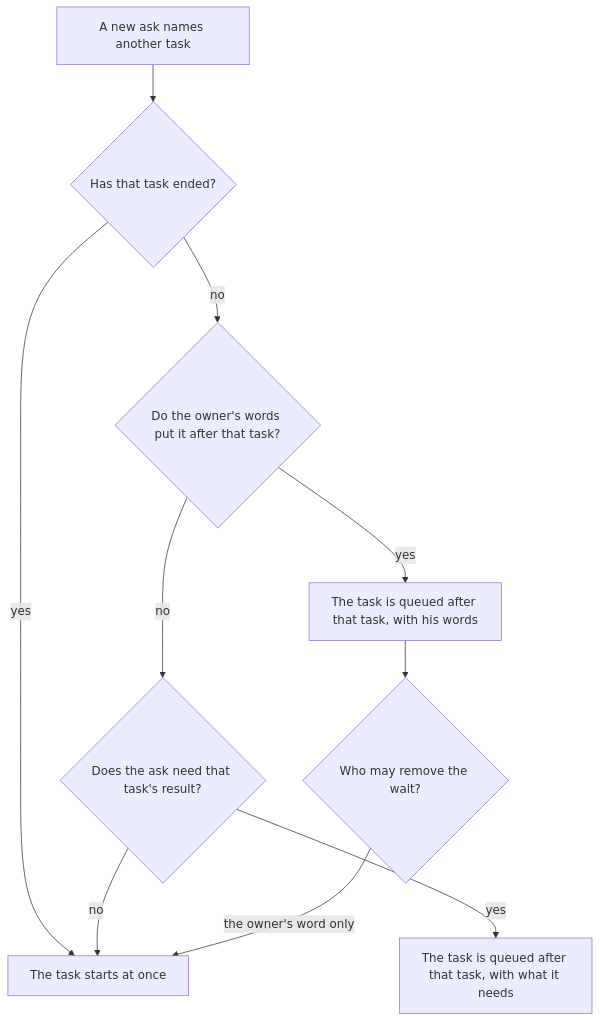
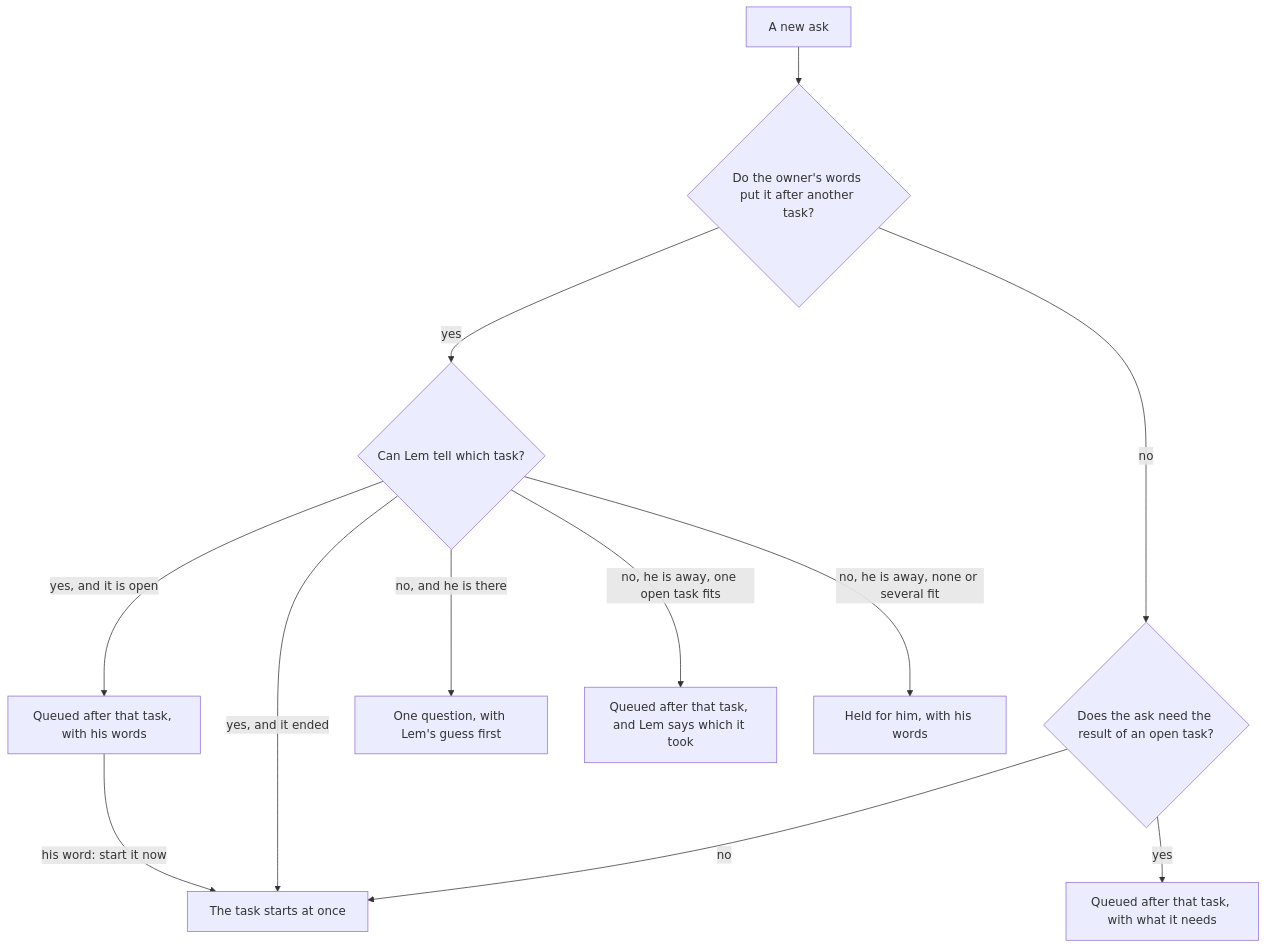
One commit to pySilver/lem changed the diagram in docs/plans/2026-11-21-owner-task-order-stays.md. Above: the diagram before and after it, drawn with Mermaid. The commit also changed other lines of this file, not shown here.

````diff
--- a/docs/plans/2026-11-21-owner-task-order-stays.md
+++ b/docs/plans/2026-11-21-owner-task-order-stays.md
@@ -30,12 +31,14 @@
 ```mermaid
 flowchart TD
-  A["A new ask names another task"] --> E{"Has that task ended?"}
-  E -->|"yes"| S["The task starts at once"]
-  E -->|"no"| B{"Do the owner's words put it after that task?"}
-  B -->|"yes"| Q["The task is queued after that task, with his words"]
-  B -->|"no"| C{"Does the ask need that task's result?"}
-  C -->|"yes"| N["The task is queued after that task, with what it needs"]
-  C -->|"no"| S
-  Q --> L{"Who may remove the wait?"}
-  L -->|"the owner's word only"| S
+  A["A new ask"] --> B{"Do the owner's words put it after another task?"}
+  B -->|"yes"| T{"Can Lem tell which task?"}
+  B -->|"no"| C{"Does the ask need the result of an open task?"}
+  C -->|"yes"| N["Queued after that task, with what it needs"]
+  C -->|"no"| S["The task starts at once"]
+  T -->|"yes, and it ended"| S
+  T -->|"yes, and it is open"| Q["Queued after that task, with his words"]
+  T -->|"no, and he is there"| K["One question, with Lem's guess first"]
+  T -->|"no, he is away, one open task fits"| G["Queued after that task, and Lem says which it took"]
+  T -->|"no, he is away, none or several fit"| H["Held for him, with his words"]
+  Q -->|"his word: start it now"| S
 ```
````
